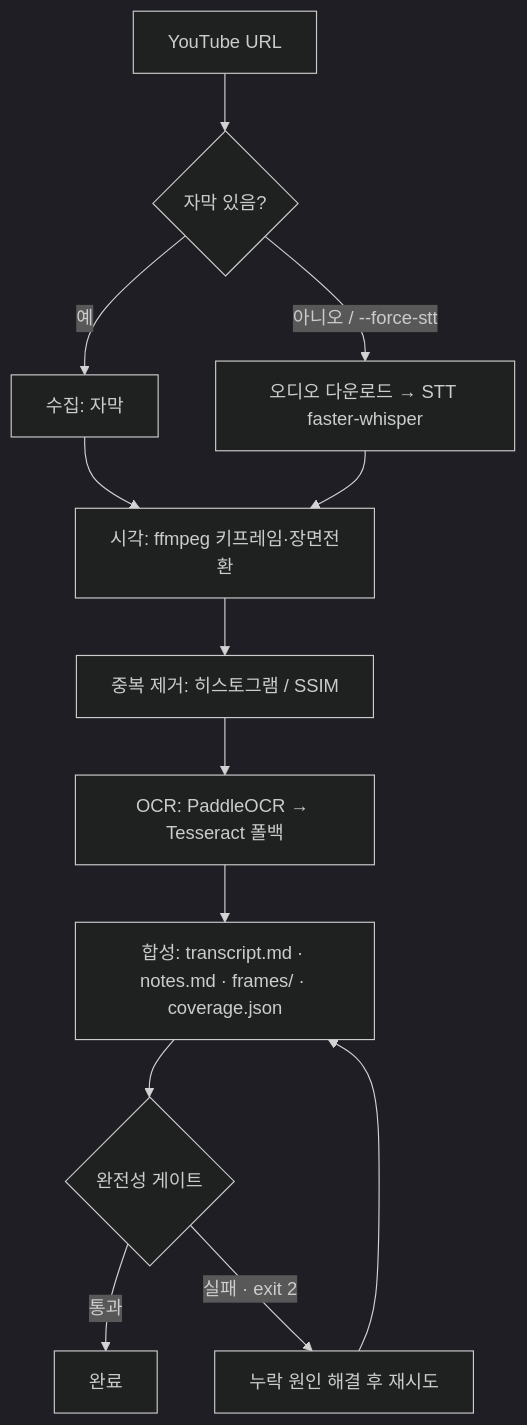
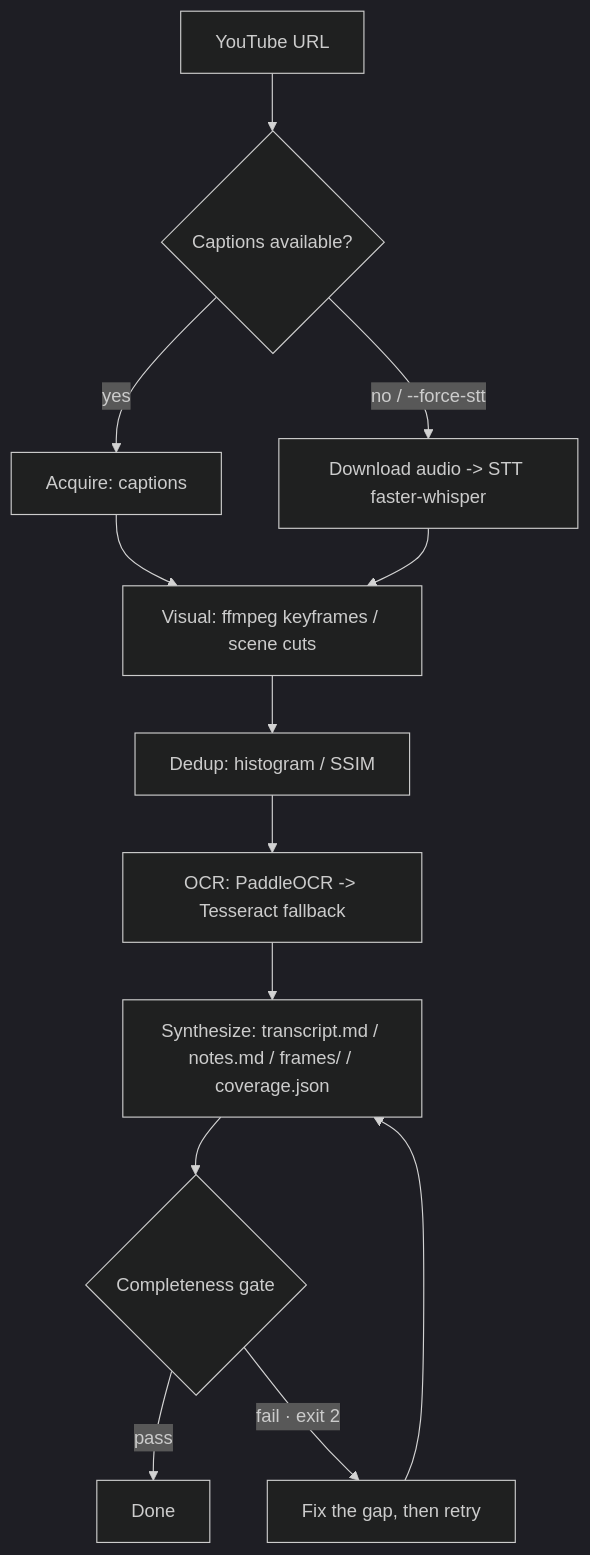
Before and after one commit to haesol-shin/lectural: the diagram in README.md, drawn with Mermaid (dark theme). The commit also changed other lines of this file and 10 other files, not shown here.

````diff
--- a/README.md
+++ b/README.md
@@ -21,15 +17,15 @@
 ```mermaid
 flowchart TD
-    A[YouTube URL] --> B{자막 있음?}
-    B -->|예| C[수집: 자막]
-    B -->|아니오 / --force-stt| D[오디오 다운로드 → STT faster-whisper]
-    C --> E[시각: ffmpeg 키프레임·장면전환]
+    A[YouTube URL] --> B{Captions available?}
+    B -->|yes| C[Acquire: captions]
+    B -->|no / --force-stt| D[Download audio -> STT faster-whisper]
+    C --> E[Visual: ffmpeg keyframes / scene cuts]
     D --> E
-    E --> F[중복 제거: 히스토그램 / SSIM]
-    F --> G[OCR: PaddleOCR → Tesseract 폴백]
-    G --> H[합성: transcript.md · notes.md · frames/ · coverage.json]
-    H --> I{완전성 게이트}
-    I -->|통과| J[완료]
-    I -->|실패 · exit 2| K[누락 원인 해결 후 재시도]
+    E --> F[Dedup: histogram / SSIM]
+    F --> G[OCR: PaddleOCR -> Tesseract fallback]
+    G --> H[Synthesize: transcript.md / notes.md / frames/ / coverage.json]
+    H --> I{Completeness gate}
+    I -->|pass| J[Done]
+    I -->|fail · exit 2| K[Fix the gap, then retry]
     K --> H
 ```
````
